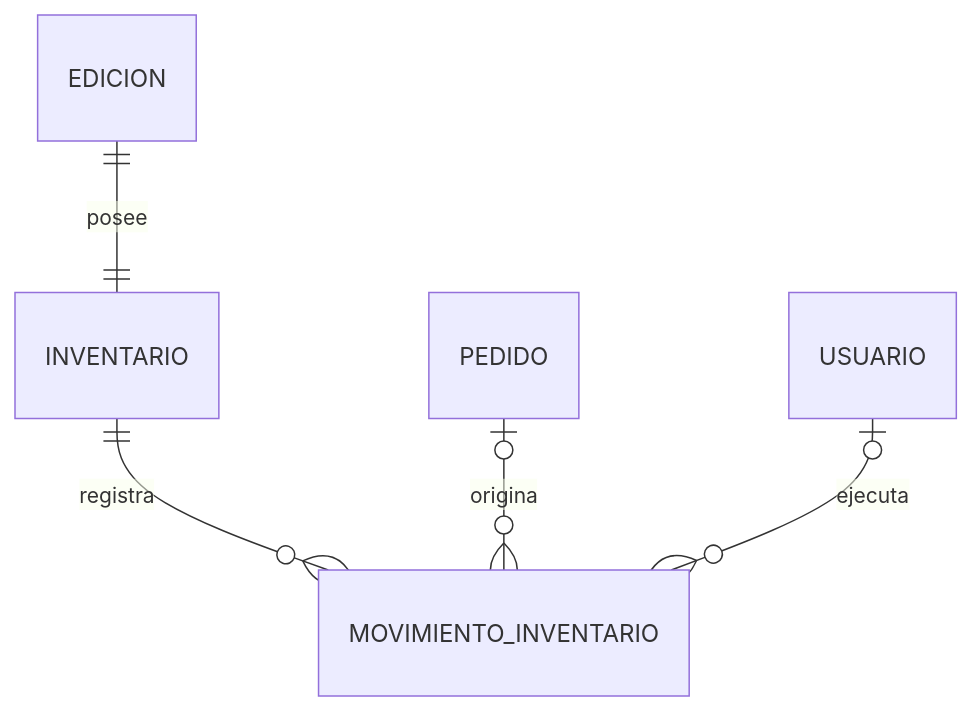
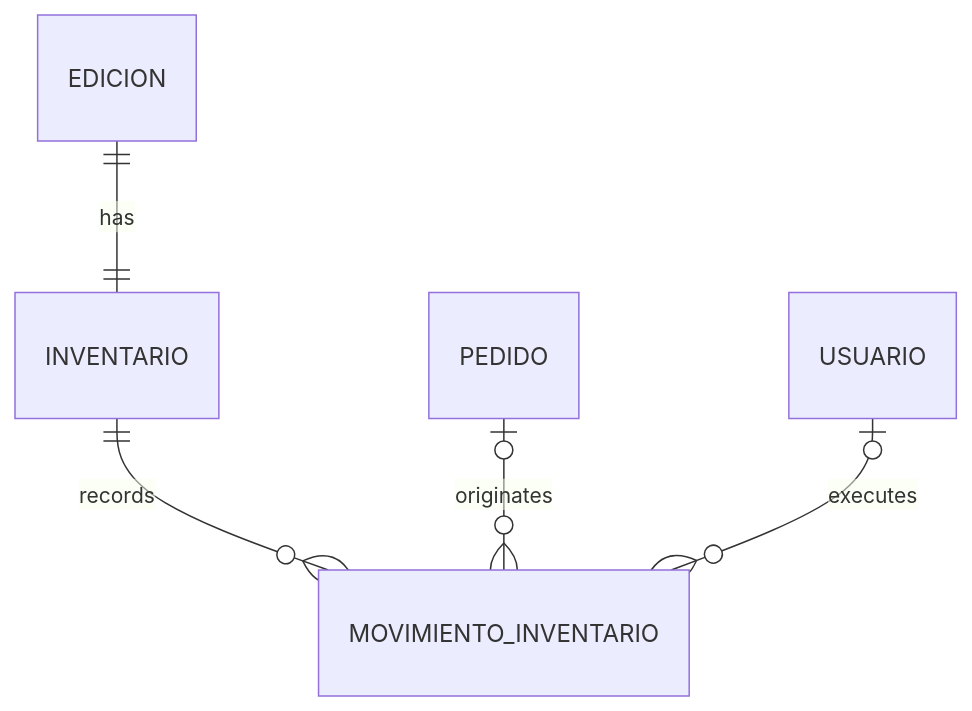
One commit to andres18113/pliego-muejeje changed the fourth of 6 diagrams in logical-erd-v1.0.md. Above: the diagram before and after it, drawn with Mermaid. The commit also changed other lines of this file and 6 other files, not shown here.

````diff
--- a/logical-erd-v1.0.md
+++ b/logical-erd-v1.0.md
@@ -1902,7 +1902,7 @@
 ```mermaid
 erDiagram
-    EDICION ||--|| INVENTARIO : posee
-    INVENTARIO ||--o{ MOVIMIENTO_INVENTARIO : registra
-    PEDIDO o|--o{ MOVIMIENTO_INVENTARIO : origina
-    USUARIO o|--o{ MOVIMIENTO_INVENTARIO : ejecuta
+    EDICION ||--|| INVENTARIO : has
+    INVENTARIO ||--o{ MOVIMIENTO_INVENTARIO : records
+    PEDIDO o|--o{ MOVIMIENTO_INVENTARIO : originates
+    USUARIO o|--o{ MOVIMIENTO_INVENTARIO : executes
 ```
````
